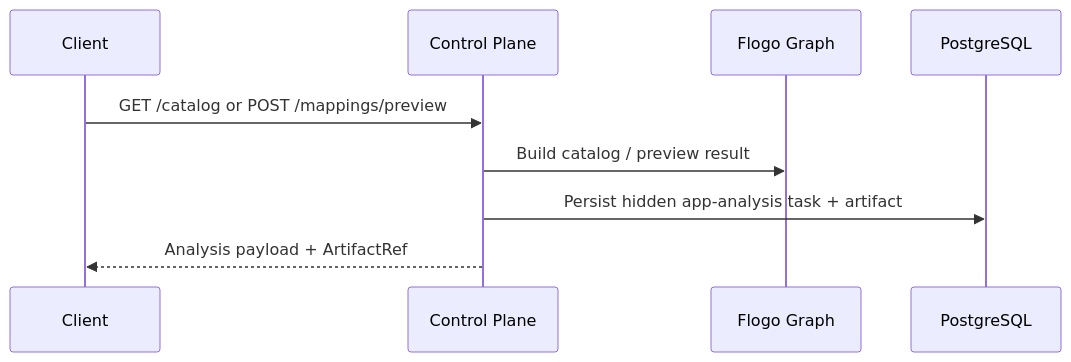
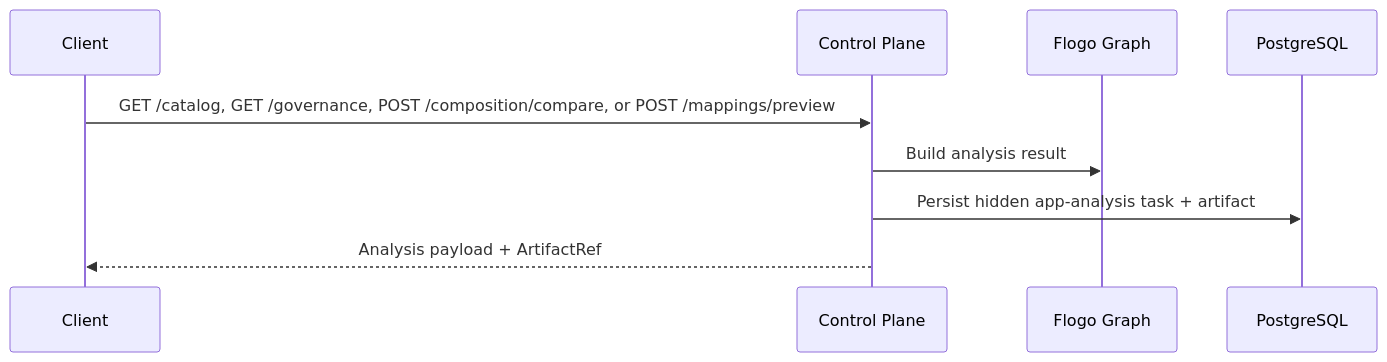
The third of 4 diagrams in docs/architecture.md (aldoapicella/flogo-agent-platform), drawn with Mermaid before and after one commit. The commit also changed other lines of this file and 24 other files, not shown here.

First line of the commit message:
feat: add governance validation and composition comparison features

````diff
--- a/docs/architecture.md
+++ b/docs/architecture.md
@@ -273,12 +283,12 @@
 ```mermaid
 sequenceDiagram
   participant Client
   participant CP as Control Plane
   participant FG as Flogo Graph
   participant DB as PostgreSQL
 
-  Client->>CP: GET /catalog or POST /mappings/preview
-  CP->>FG: Build catalog / preview result
+  Client->>CP: GET /catalog, GET /governance, POST /composition/compare, or POST /mappings/preview
+  CP->>FG: Build analysis result
   CP->>DB: Persist hidden app-analysis task + artifact
   CP-->>Client: Analysis payload + ArtifactRef
 ```
````
